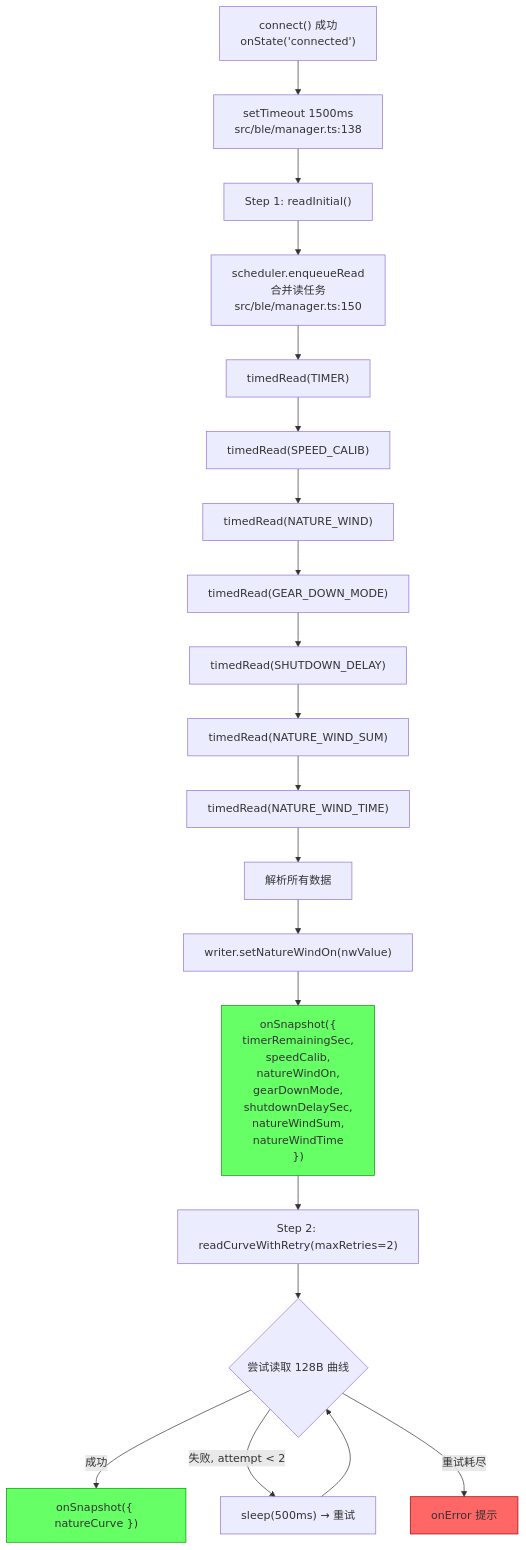
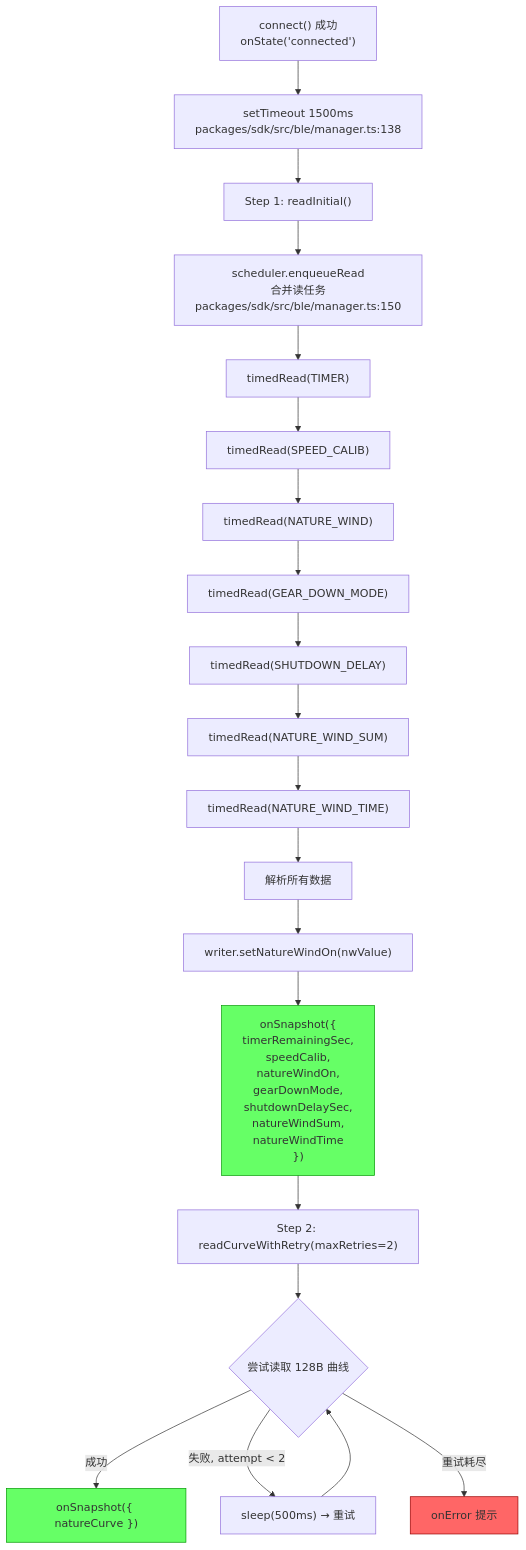
Before and after one commit to gggxbbb/w96p-control: the third of 9 diagrams in docs/ble-architecture.md, drawn with Mermaid. The commit also changed other lines of this file and 3 other files, not shown here.

````diff
--- a/docs/ble-architecture.md
+++ b/docs/ble-architecture.md
@@ -437,29 +437,29 @@
 ```mermaid
 flowchart TD
-    A["connect() 成功<br/>onState('connected')"] --> B["setTimeout 1500ms<br/>src/ble/manager.ts:138"]
+    A["connect() 成功<br/>onState('connected')"] --> B["setTimeout 1500ms<br/>packages/sdk/src/ble/manager.ts:138"]
     B --> C["Step 1: readInitial()"]
-    C --> D["scheduler.enqueueRead<br/>合并读任务<br/>src/ble/manager.ts:150"]
+    C --> D["scheduler.enqueueRead<br/>合并读任务<br/>packages/sdk/src/ble/manager.ts:150"]
 
     D --> E1["timedRead(TIMER)"]
     E1 --> E2["timedRead(SPEED_CALIB)"]
     E2 --> E3["timedRead(NATURE_WIND)"]
     E3 --> E4["timedRead(GEAR_DOWN_MODE)"]
     E4 --> E5["timedRead(SHUTDOWN_DELAY)"]
     E5 --> E6["timedRead(NATURE_WIND_SUM)"]
     E6 --> E7["timedRead(NATURE_WIND_TIME)"]
 
     E7 --> F["解析所有数据"]
     F --> G["writer.setNatureWindOn(nwValue)"]
     G --> H["onSnapshot({<br/>  timerRemainingSec,<br/>  speedCalib,<br/>  natureWindOn,<br/>  gearDownMode,<br/>  shutdownDelaySec,<br/>  natureWindSum,<br/>  natureWindTime<br/>})"]
 
     H --> I["Step 2: readCurveWithRetry(maxRetries=2)"]
     I --> J{"尝试读取 128B 曲线"}
     J -->|成功| K["onSnapshot({ natureCurve })"]
     J -->|失败, attempt < 2| L["sleep(500ms) → 重试"]
     L --> J
     J -->|重试耗尽| M["onError 提示"]
 
     style H fill:#6f6,stroke:#090
     style K fill:#6f6,stroke:#090
     style M fill:#f66,stroke:#900
 ```
````
